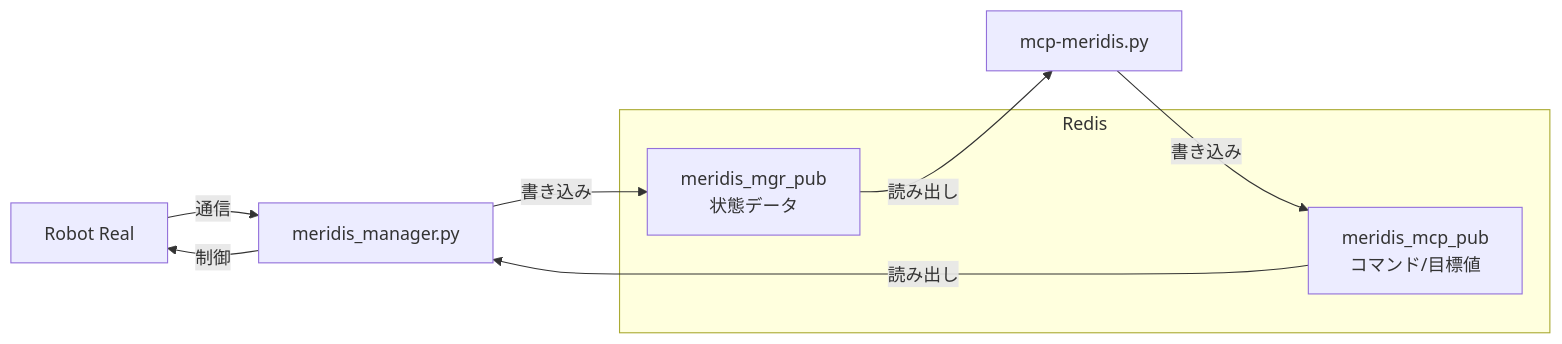
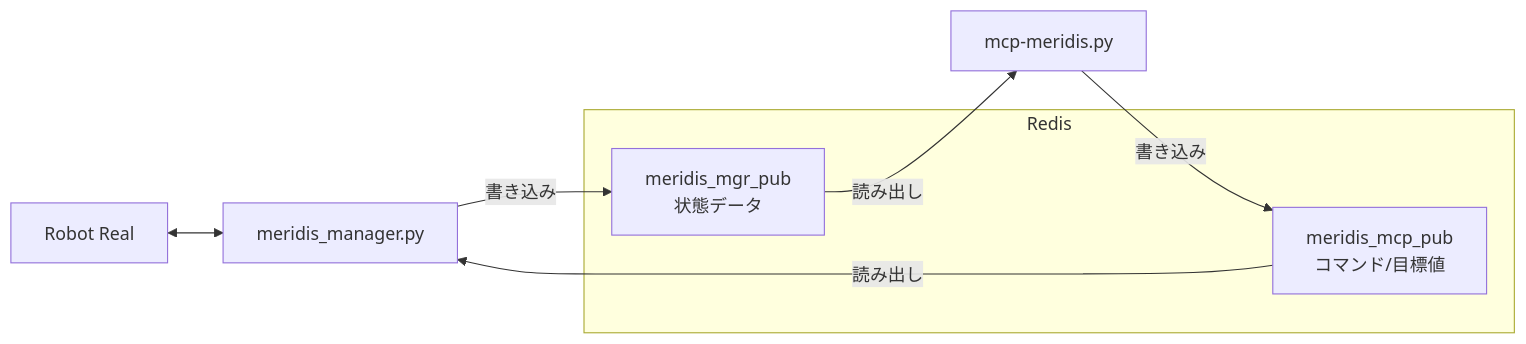
Before and after one commit to holypong/mcp-meridis: the second of 2 diagrams in README.md, drawn with Mermaid. The commit also changed other lines of this file, not shown here.

````diff
--- a/README.md
+++ b/README.md
@@ -179,16 +181,15 @@
 ```mermaid
 flowchart LR
   Robot[Robot Real]
   Manager[meridis_manager.py]
   Server[mcp-meridis.py]
   subgraph Redis
     ReadKey[meridis_mgr_pub<br/>状態データ]
     WriteKey[meridis_mcp_pub<br/>コマンド/目標値]
   end
-  Robot -- 通信 --> Manager
+  Robot <--> Manager
   Manager -- 書き込み --> ReadKey
   ReadKey -- 読み出し --> Server
   Server -- 書き込み --> WriteKey
   WriteKey -- 読み出し --> Manager
-  Manager -- 制御 --> Robot
 ```
````
